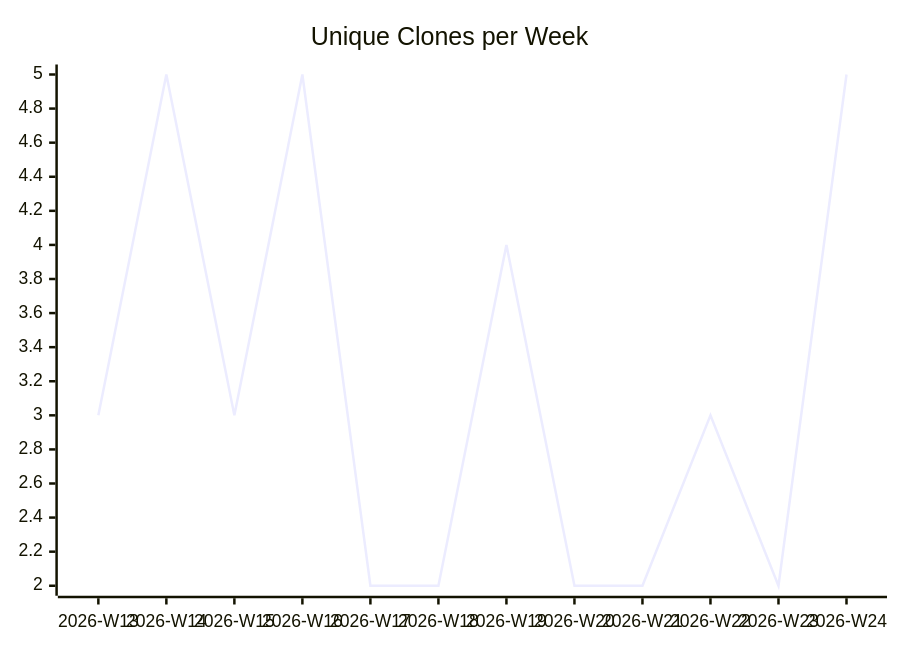
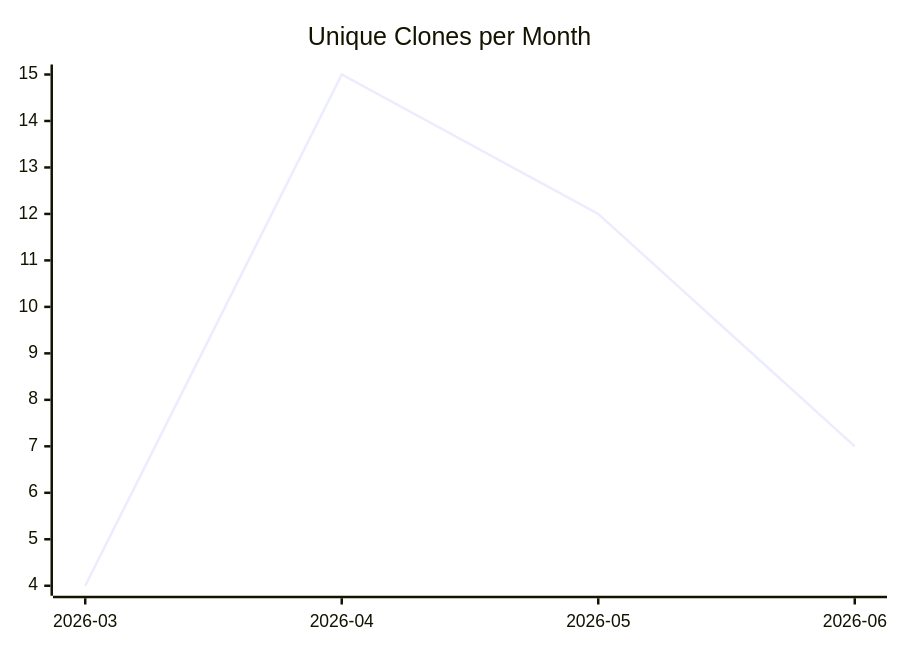
One commit to justdavis-family/github-analytics-data changed the third of 3 diagrams in karlmdavis/ansible-role-bind-dns/README.md. Above: the diagram before and after it, drawn with Mermaid. The commit also changed other lines of this file and 198 other files, not shown here.

````diff
--- a/karlmdavis/ansible-role-bind-dns/README.md
+++ b/karlmdavis/ansible-role-bind-dns/README.md
@@ -19,6 +19,6 @@
 ```mermaid
 xychart-beta
-  title "Unique Clones per Week"
-  x-axis ["2026-W13", "2026-W14", "2026-W15", "2026-W16", "2026-W17", "2026-W18", "2026-W19", "2026-W20", "2026-W21", "2026-W22", "2026-W23", "2026-W24"]
-  line [3, 5, 3, 5, 2, 2, 4, 2, 2, 3, 2, 5]
+  title "Unique Clones per Month"
+  x-axis ["2026-03", "2026-04", "2026-05", "2026-06"]
+  line [4, 15, 12, 7]
 ```
````
